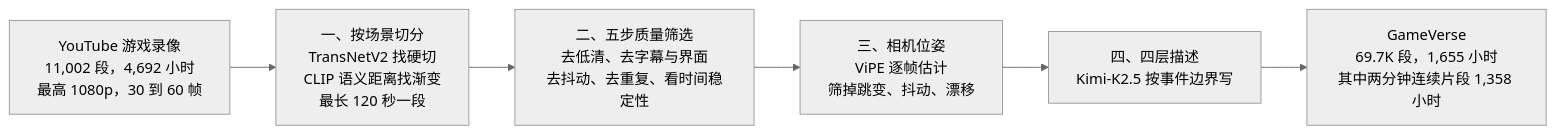
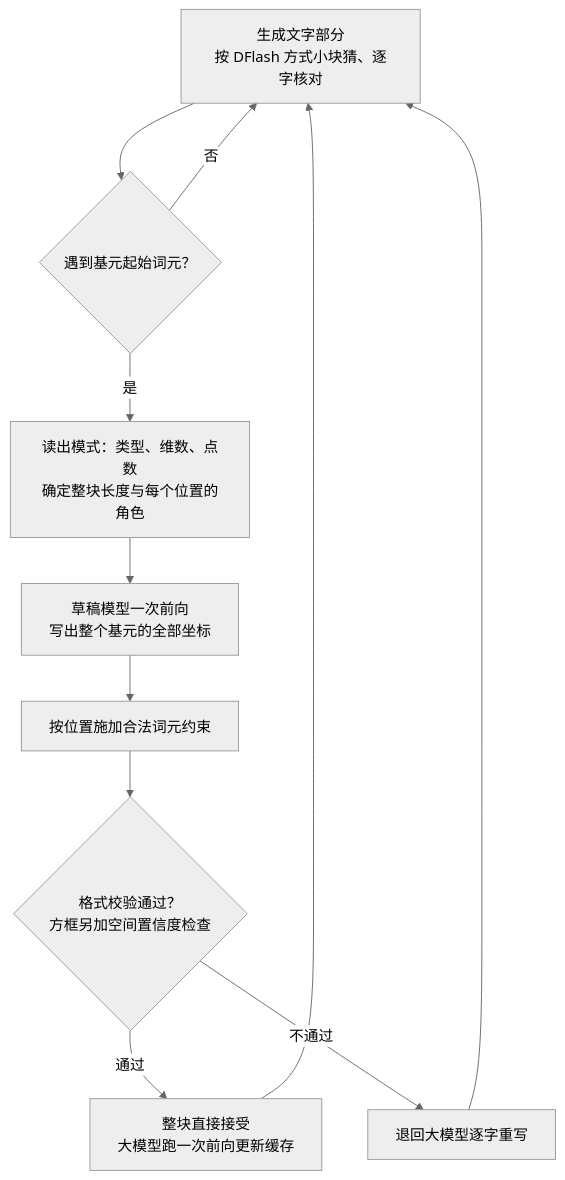
Before and after one commit to yingwang/paper-reads: the second of 3 diagrams in docs/index.md, drawn with Mermaid (neutral theme). The commit also changed other lines of this file and 2 other files, not shown here.

````diff
--- a/docs/index.md
+++ b/docs/index.md
@@ -79,8 +102,13 @@
 ```mermaid
-flowchart LR
-    Y["YouTube 游戏录像<br/>11,002 段，4,692 小时<br/>最高 1080p，30 到 60 帧"] --> S["一、按场景切分<br/>TransNetV2 找硬切<br/>CLIP 语义距离找渐变<br/>最长 120 秒一段"]
-    S --> Q["二、五步质量筛选<br/>去低清、去字幕与界面<br/>去抖动、去重复、看时间稳定性"]
-    Q --> P["三、相机位姿<br/>ViPE 逐帧估计<br/>筛掉跳变、抖动、漂移"]
-    P --> C["四、四层描述<br/>Kimi-K2.5 按事件边界写"]
-    C --> G["GameVerse<br/>69.7K 段，1,655 小时<br/>其中两分钟连续片段 1,358 小时"]
+flowchart TD
+    T["生成文字部分<br/>按 DFlash 方式小块猜、逐字核对"] --> S{"遇到基元起始词元？"}
+    S -->|"否"| T
+    S -->|"是"| M["读出模式：类型、维数、点数<br/>确定整块长度与每个位置的角色"]
+    M --> D["草稿模型一次前向<br/>写出整个基元的全部坐标"]
+    D --> C["按位置施加合法词元约束"]
+    C --> V{"格式校验通过？<br/>方框另加空间置信度检查"}
+    V -->|"通过"| A["整块直接接受<br/>大模型跑一次前向更新缓存"]
+    V -->|"不通过"| F["退回大模型逐字重写"]
+    A --> T
+    F --> T
 ```
````
